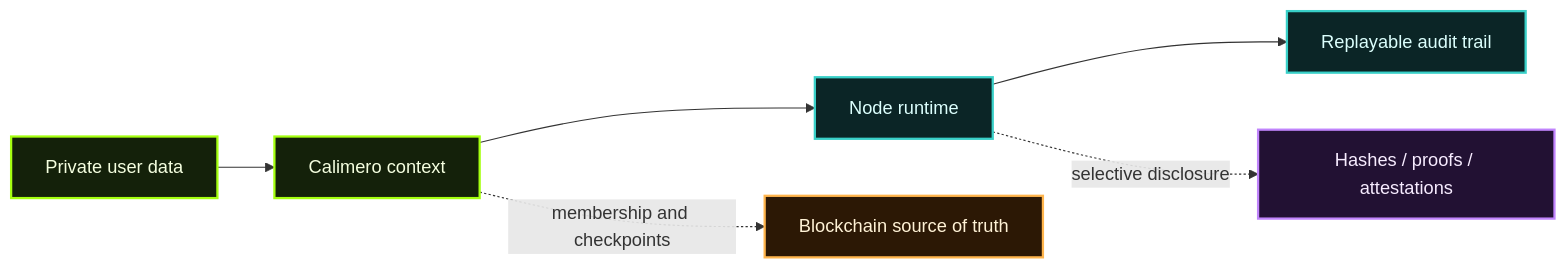
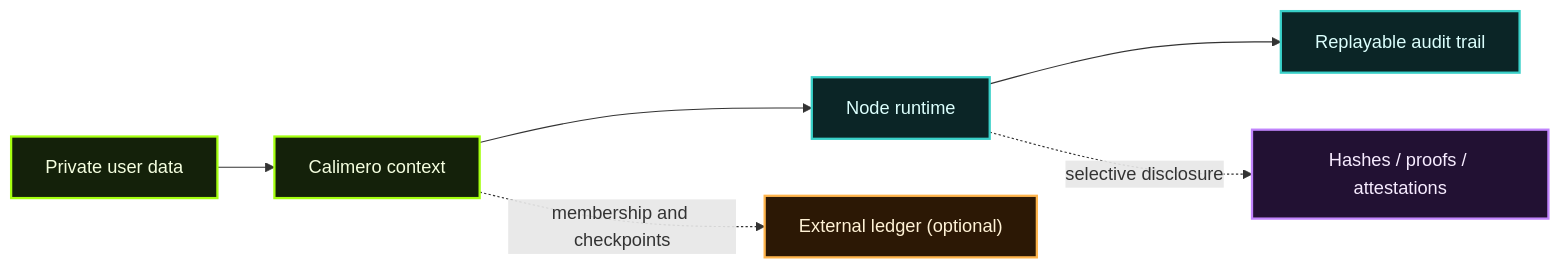
One commit to calimero-network/documentation changed the diagram in src/content/docs/privacy-verifiability-security/index.md. Above: the diagram before and after it, drawn with Mermaid. The commit also changed other lines of this file and 30 other files, not shown here.

````diff
--- a/src/content/docs/privacy-verifiability-security/index.md
+++ b/src/content/docs/privacy-verifiability-security/index.md
@@ -22,18 +22,18 @@
 ```mermaid
 flowchart LR
     DATA[Private user data] --> CONTEXT[Calimero context]
     CONTEXT --> NODE[Node runtime]
     NODE --> AUDIT[Replayable audit trail]
-    CONTEXT -. membership and checkpoints .-> CHAIN[Blockchain source of truth]
+    CONTEXT -. membership and checkpoints .-> CHAIN["External ledger (optional)"]
     NODE -. selective disclosure .-> PROOF[Hashes / proofs / attestations]
 
     classDef lime fill:#14210a,stroke:#a5ff11,color:#f5ffe0,stroke-width:2px;
     classDef cyan fill:#0b2526,stroke:#39d0c8,color:#dcfffd,stroke-width:2px;
     classDef purple fill:#221133,stroke:#c084fc,color:#f7ecff,stroke-width:2px;
     classDef orange fill:#2c1805,stroke:#ffb54d,color:#fff2d6,stroke-width:2px;
 
     class DATA,CONTEXT lime;
     class NODE,AUDIT cyan;
     class PROOF purple;
     class CHAIN orange;
 ```
````
